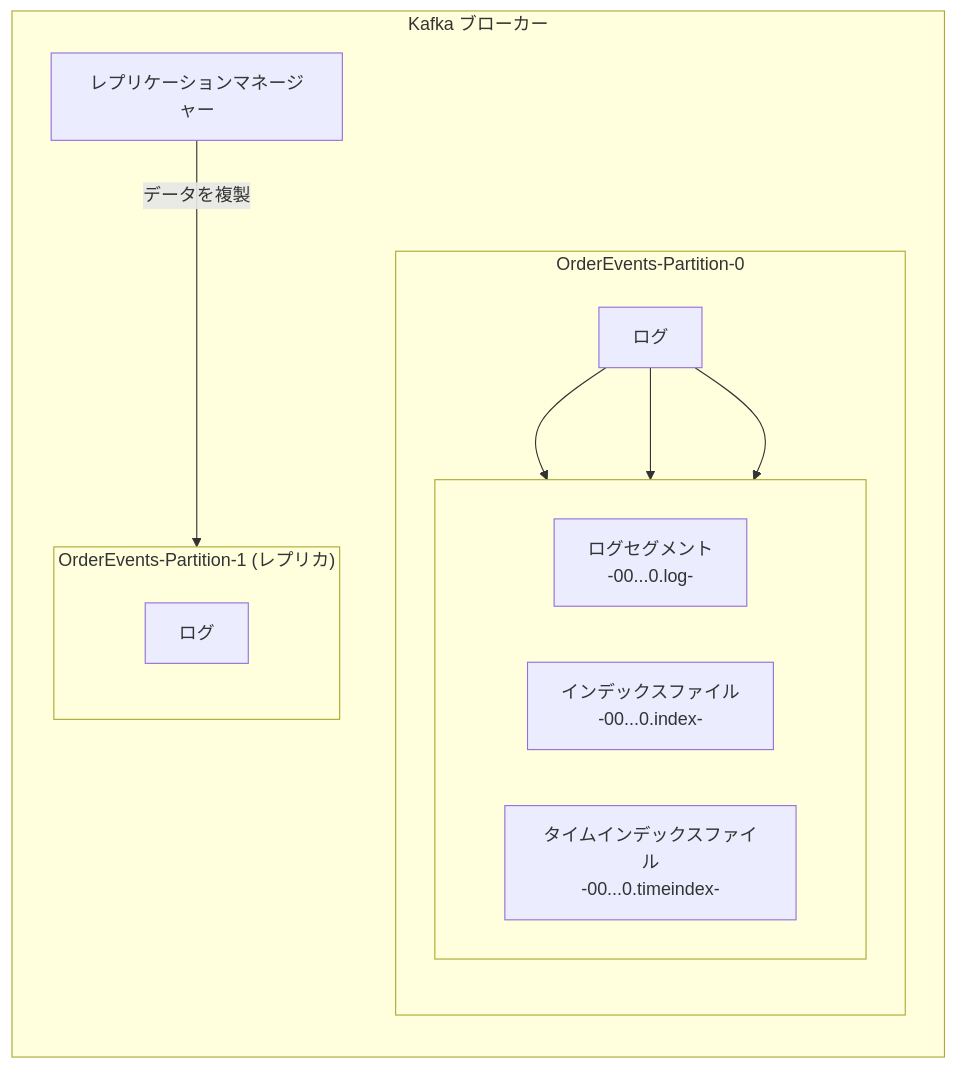
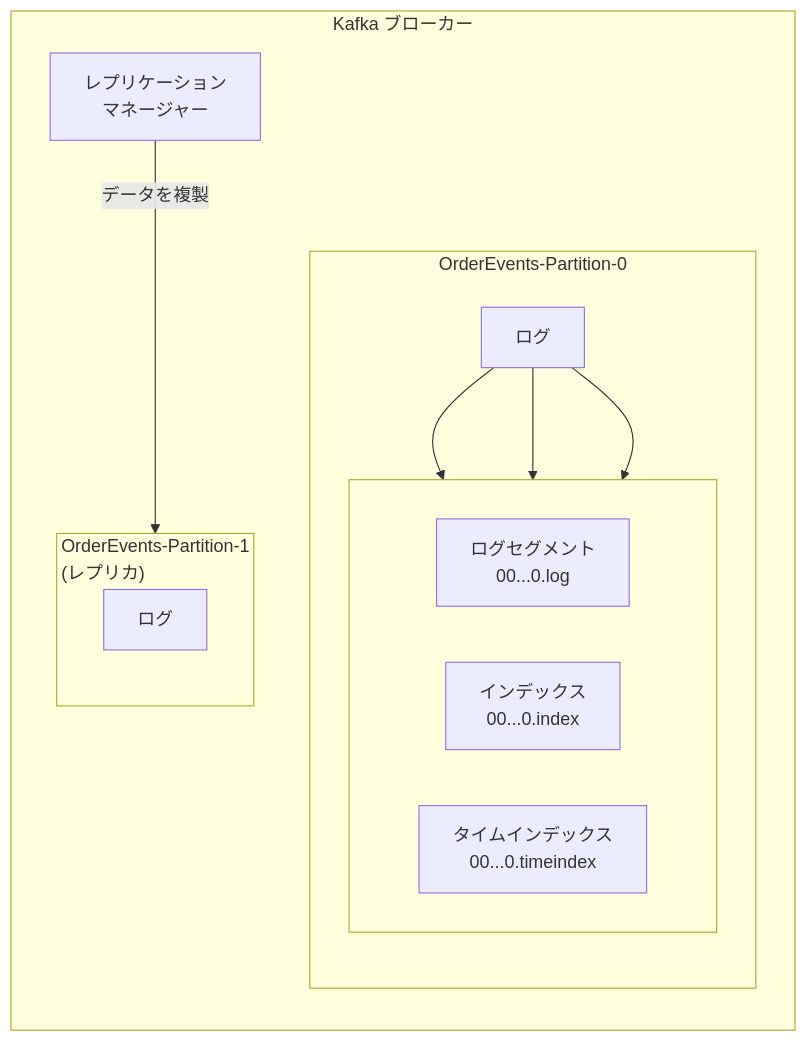
The third of 5 diagrams in articles/kafka_20250928.md (suwa-sh/zenn-contents), drawn with Mermaid before and after one commit. The commit also changed other lines of this file, not shown here.

````diff
--- a/articles/kafka_20250928.md
+++ b/articles/kafka_20250928.md
@@ -135,25 +135,25 @@
 ```mermaid
 graph TD
     subgraph "Kafka ブローカー"
         direction TB
-        replication_manager["レプリケーションマネージャー"]
+        replication_manager["レプリケーション<br/>マネージャー"]
         subgraph "OrderEvents-Partition-0"
             direction TB
             log_p0["ログ"]
             subgraph " "
                 direction LR
-                segment_0["ログセグメント<br/>-00...0.log-"]
-                index_0["インデックスファイル<br/>-00...0.index-"]
-                timeindex_0["タイムインデックスファイル<br/>-00...0.timeindex-"]
+                segment_0["ログセグメント<br/>00...0.log"]
+                index_0["インデックス<br/>00...0.index"]
+                timeindex_0["タイムインデックス<br/>00...0.timeindex"]
             end
             log_p0 --> segment_0
             log_p0 --> index_0
             log_p0 --> timeindex_0
         end
-        subgraph "OrderEvents-Partition-1 (レプリカ)"
+        subgraph "OrderEvents-Partition-1<br/>(レプリカ)"
             direction TB
             log_p1["ログ"]
         end
         replication_manager -- "データを複製" --> log_p1
     end
 ```
````
